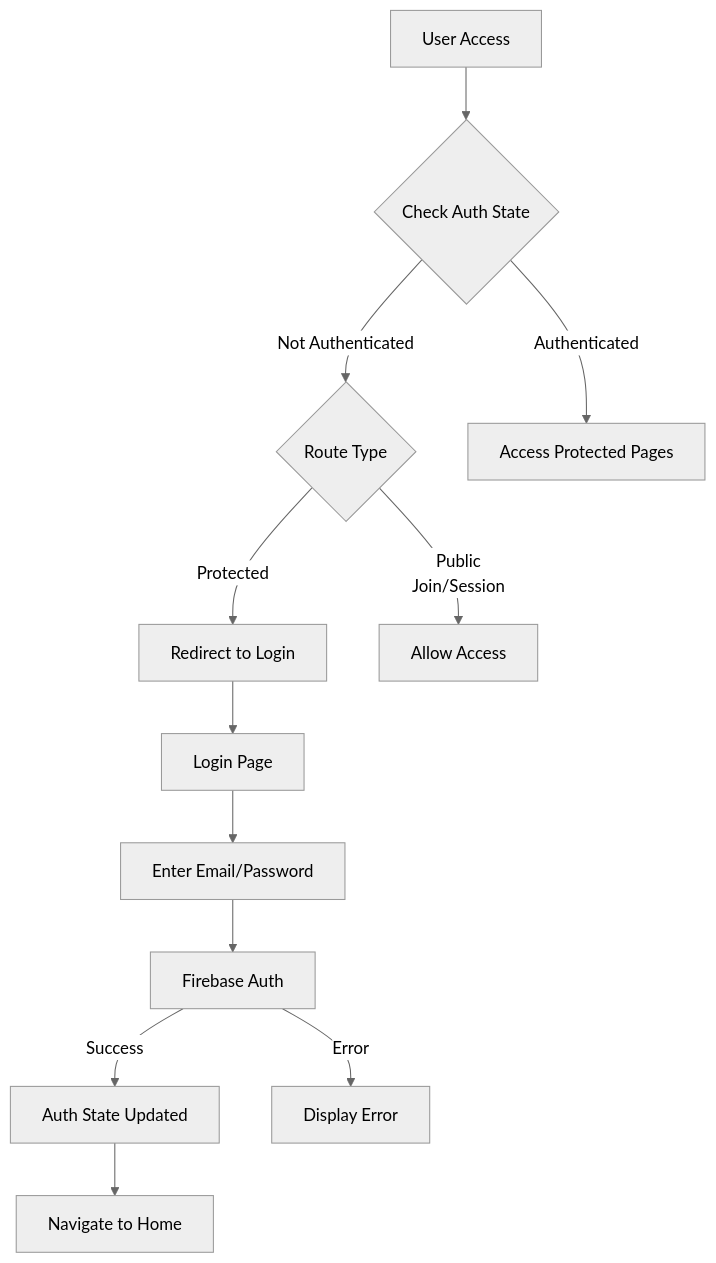
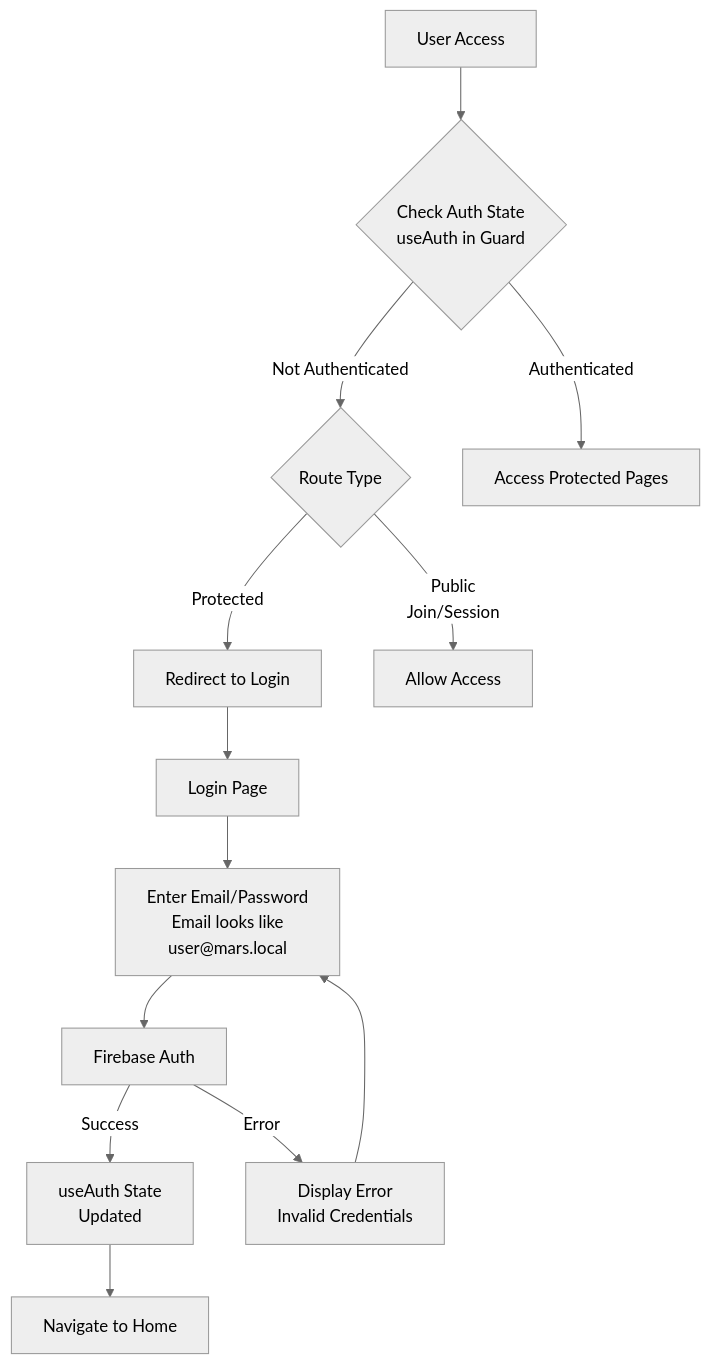
The fourth of 6 diagrams in docs/data-flow.md (fMuchka/my-pisnicka2.0), drawn with Mermaid (neutral theme) before and after one commit. The commit also changed other lines of this file and 4 other files, not shown here.

````diff
--- a/docs/data-flow.md
+++ b/docs/data-flow.md
@@ -18,14 +66,15 @@
 ```mermaid
 flowchart TB
-  START[User Access] --> CK{Check Auth State}
+  START[User Access] --> CK{Check Auth State<br/>useAuth in Guard}
   CK -- Not Authenticated --> RT{Route Type}
   RT -- Protected --> LOGIN[Redirect to Login]
   RT -- Public<br/>Join/Session --> ALLOW[Allow Access]
   LOGIN --> LP[Login Page]
-  LP --> EM[Enter Email/Password]
+  LP --> EM[Enter Email/Password<br/>Email looks like<br/>user@mars.local]
   EM --> FA[Firebase Auth]
-  FA -- Success --> AS[Auth State Updated]
-  FA -- Error --> ERRMSG[Display Error]
+  FA -- Success --> AS[useAuth State<br/>Updated]
+  FA -- Error --> ERRMSG[Display Error<br/>Invalid Credentials]
+  ERRMSG --> EM
   AS --> NAV2[Navigate to Home]
   CK -- Authenticated --> HOME[Access Protected Pages]
 ```
````
